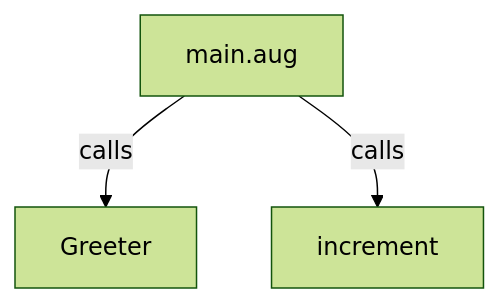
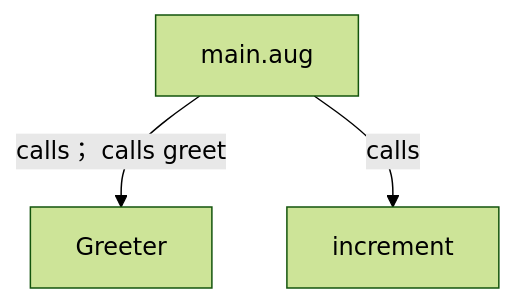
The first of 2 diagrams in docs/examples/new-syntax/main-diagrams.md (GreenPandaStudios/augscript), drawn with Mermaid (forest theme) before and after one commit. The commit also changed other lines of this file and 304 other files, not shown here.

Commit message:
Make generated data-flow sequences concise and review every diagram

````diff
--- a/docs/examples/new-syntax/main-diagrams.md
+++ b/docs/examples/new-syntax/main-diagrams.md
@@ -19,8 +19,8 @@
 ```mermaid
 flowchart TD
     n0["Greeter"]
     n1["increment"]
     n2["main.aug"]
-    n2 -->|"calls"| n0
+    n2 -->|"calls； calls greet"| n0
     n2 -->|"calls"| n1
 ```
````
